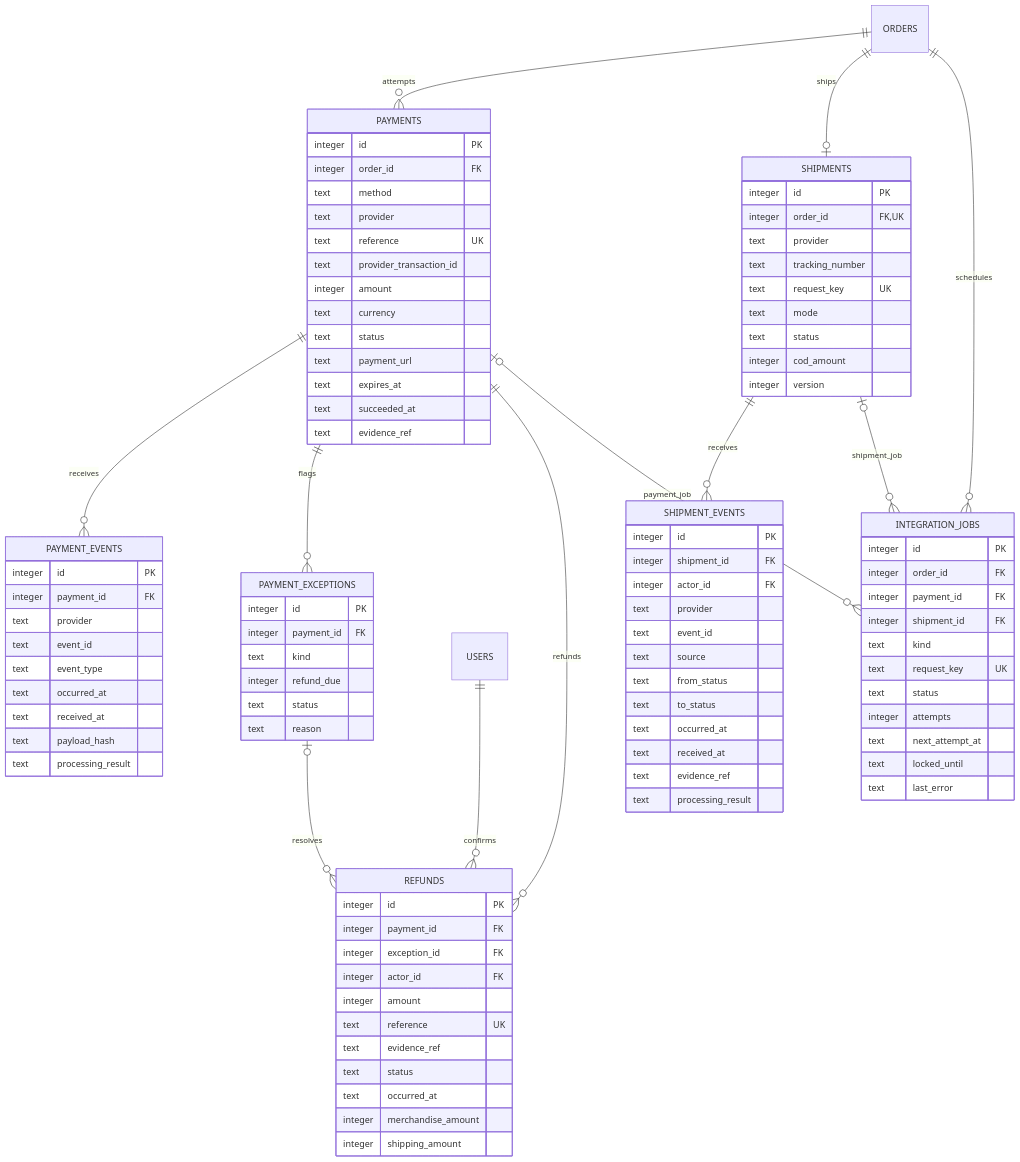
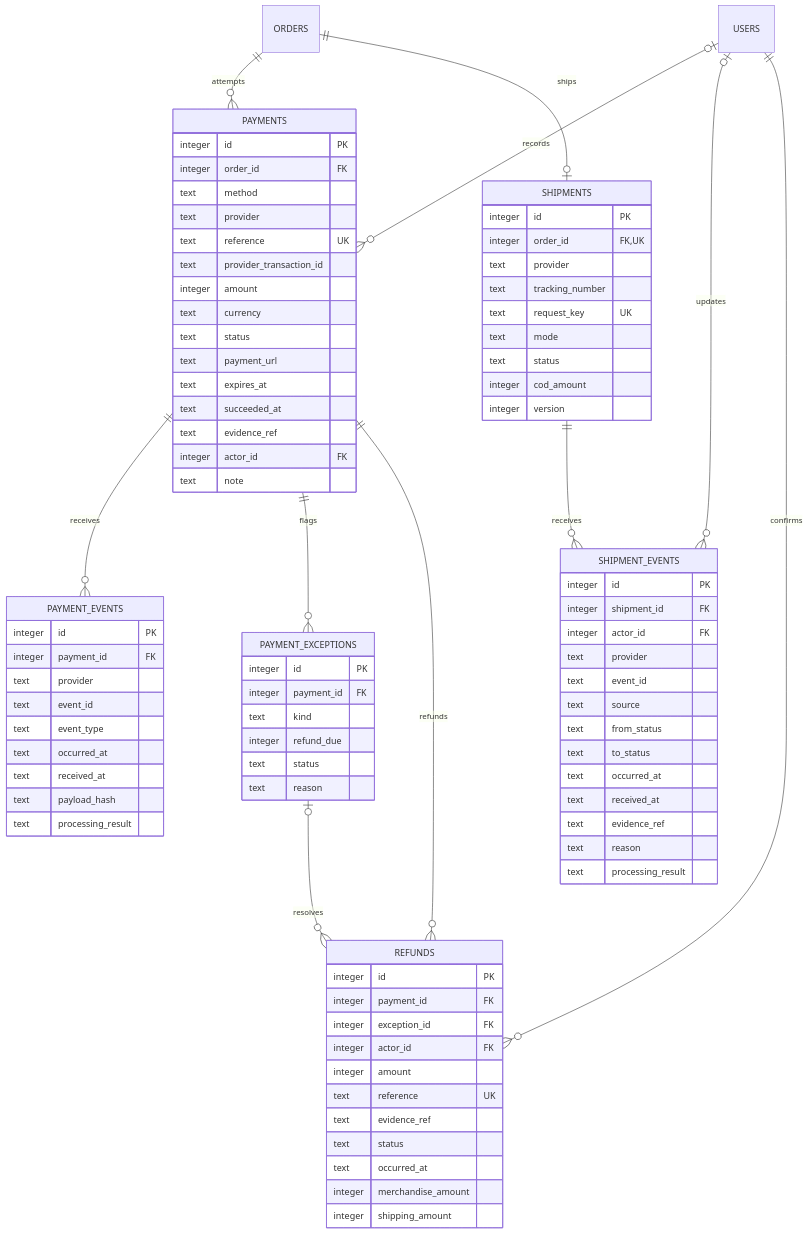
The third of 4 diagrams in docs/07_ERD_VA_TU_DIEN_DU_LIEU.md (hungpkaa/x-y-d-ng-web-b-n-h-ng-i-n-t-cho-m-t-c-a-h-ng), drawn with Mermaid before and after one commit. The commit also changed other lines of this file and 134 other files, not shown here.

````diff
--- a/docs/07_ERD_VA_TU_DIEN_DU_LIEU.md
+++ b/docs/07_ERD_VA_TU_DIEN_DU_LIEU.md
@@ -257,6 +304,8 @@
 ```mermaid
 erDiagram
   ORDERS ||--o{ PAYMENTS : attempts
+  USERS o|--o{ PAYMENTS : records
+  USERS o|--o{ SHIPMENT_EVENTS : updates
   PAYMENTS ||--o{ PAYMENT_EVENTS : receives
   PAYMENTS ||--o{ PAYMENT_EXCEPTIONS : flags
   PAYMENTS ||--o{ REFUNDS : refunds
@@ -264,9 +313,6 @@
   USERS ||--o{ REFUNDS : confirms
   ORDERS ||--o| SHIPMENTS : ships
   SHIPMENTS ||--o{ SHIPMENT_EVENTS : receives
-  ORDERS ||--o{ INTEGRATION_JOBS : schedules
-  PAYMENTS o|--o{ INTEGRATION_JOBS : payment_job
-  SHIPMENTS o|--o{ INTEGRATION_JOBS : shipment_job
   PAYMENTS {
     integer id PK
     integer order_id FK
@@ -281,6 +327,8 @@
     text expires_at
     text succeeded_at
     text evidence_ref
+    integer actor_id FK
+    text note
   }
   PAYMENT_EVENTS {
     integer id PK
@@ -337,19 +385,7 @@
     text occurred_at
     text received_at
     text evidence_ref
+    text reason
     text processing_result
   }
-  INTEGRATION_JOBS {
-    integer id PK
-    integer order_id FK
-    integer payment_id FK
-    integer shipment_id FK
-    text kind
-    text request_key UK
-    text status
-    integer attempts
-    text next_attempt_at
-    text locked_until
-    text last_error
-  }
 ```
````
